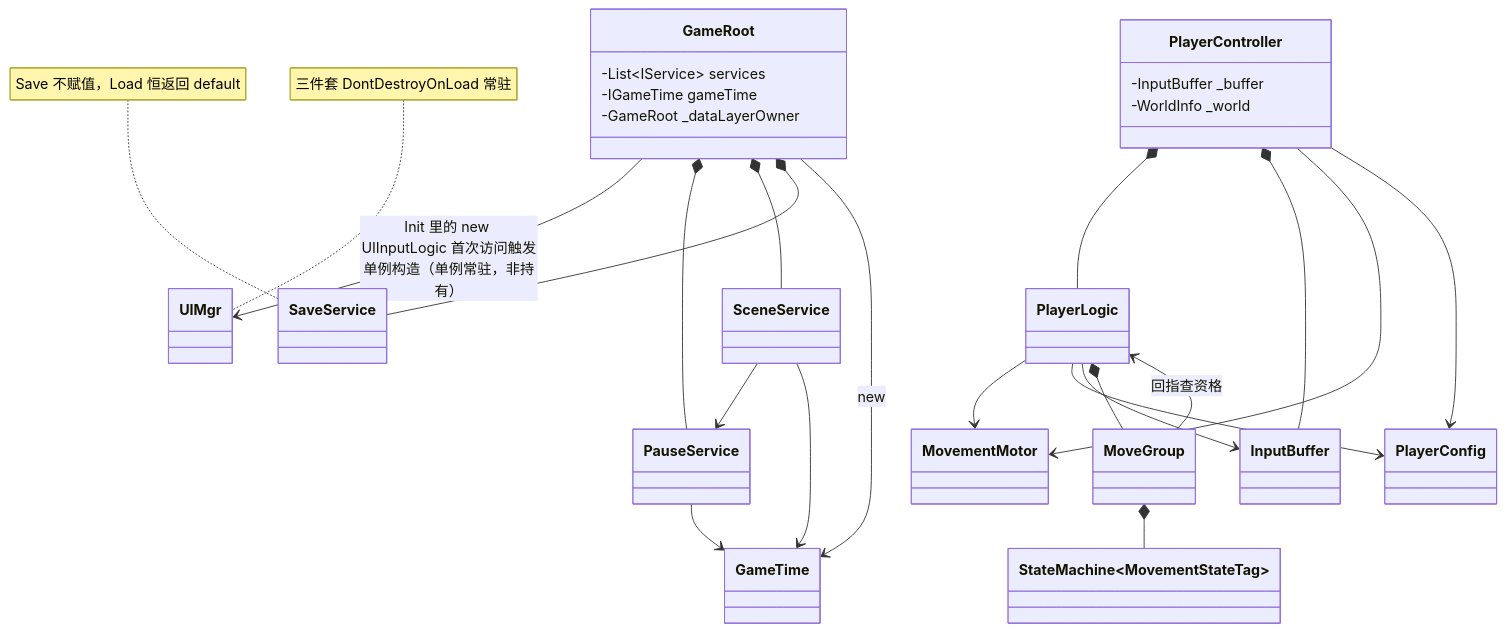
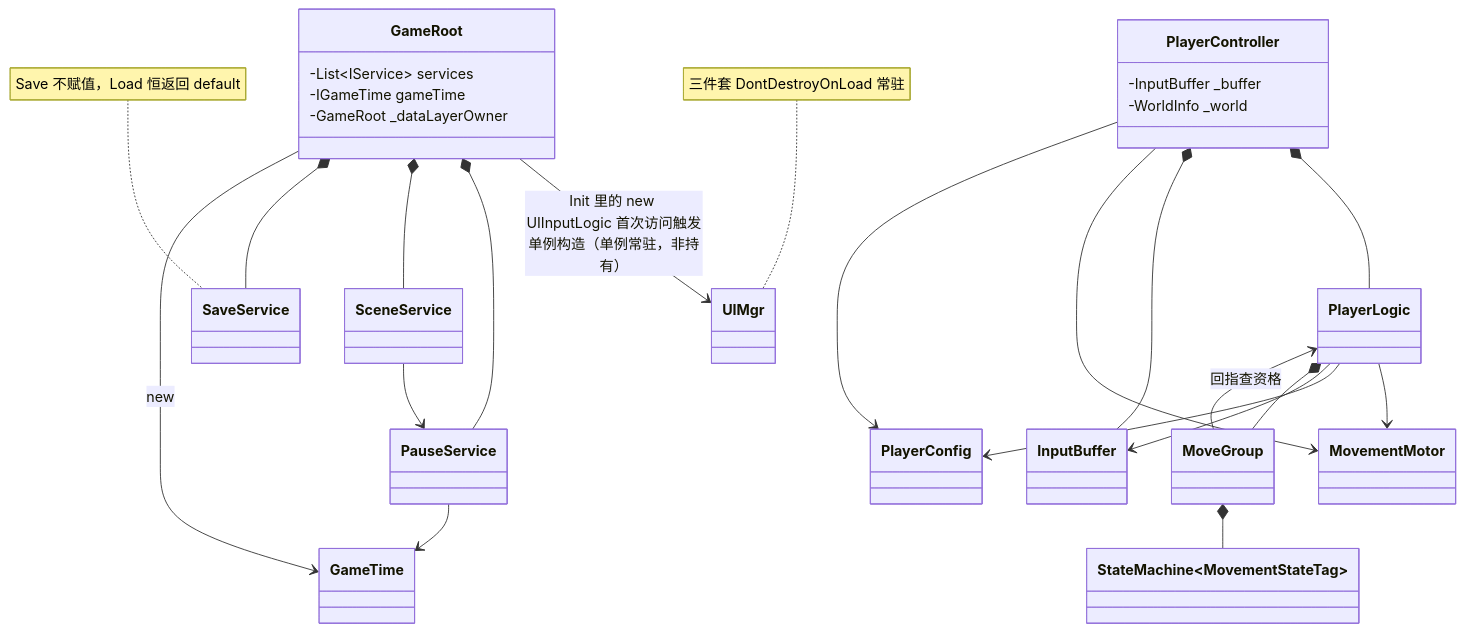
One commit to 5FYZhou/deepseaoil changed the sixth of 16 diagrams in Docs/框架设计/架构图集.md. Above: the diagram before and after it, drawn with Mermaid. The commit also changed other lines of this file and 45 other files, not shown here.

````diff
--- a/Docs/框架设计/架构图集.md
+++ b/Docs/框架设计/架构图集.md
@@ -277,44 +273,43 @@
 ```mermaid
 classDiagram
   direction TB
   class GameRoot {
     -List~IService~ services
     -IGameTime gameTime
     -GameRoot _dataLayerOwner
   }
   class PlayerController {
     -InputBuffer _buffer
     -WorldInfo _world
   }
   class PlayerLogic
   class MoveGroup
   class StateMachine~MovementStateTag~
   class InputBuffer
   class MovementMotor
   class PlayerConfig
   class PauseService
   class SceneService
   class SaveService
   class GameTime
   class UIMgr
   GameRoot --> UIMgr : Init 里的 new UIInputLogic 首次访问触发单例构造（单例常驻，非持有）
   GameRoot *-- PauseService
   GameRoot *-- SceneService
   GameRoot *-- SaveService
   GameRoot --> GameTime : new
   PauseService --> GameTime
   SceneService --> PauseService
-  SceneService --> GameTime
   PlayerController *-- PlayerLogic
   PlayerController *-- InputBuffer
   PlayerController --> MovementMotor
   PlayerController --> PlayerConfig
   PlayerLogic --> MovementMotor
   PlayerLogic --> PlayerConfig
   PlayerLogic --> InputBuffer
   PlayerLogic *-- MoveGroup
   MoveGroup --> PlayerLogic : 回指查资格
   MoveGroup *-- StateMachine~MovementStateTag~
   note for SaveService "Save 不赋值，Load 恒返回 default"
   note for UIMgr "三件套 DontDestroyOnLoad 常驻"
 ```
````
